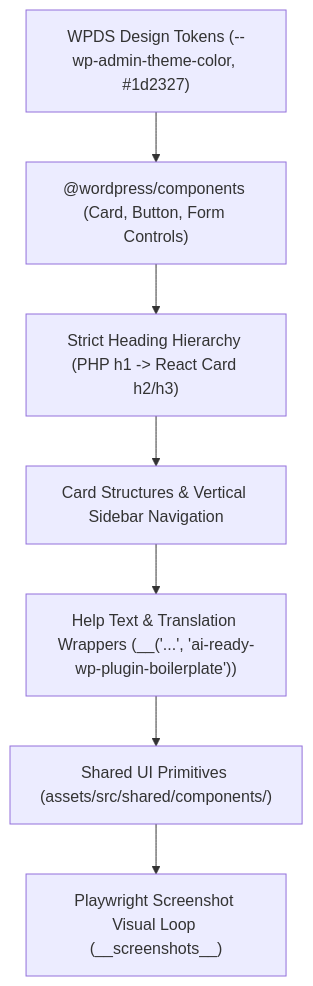
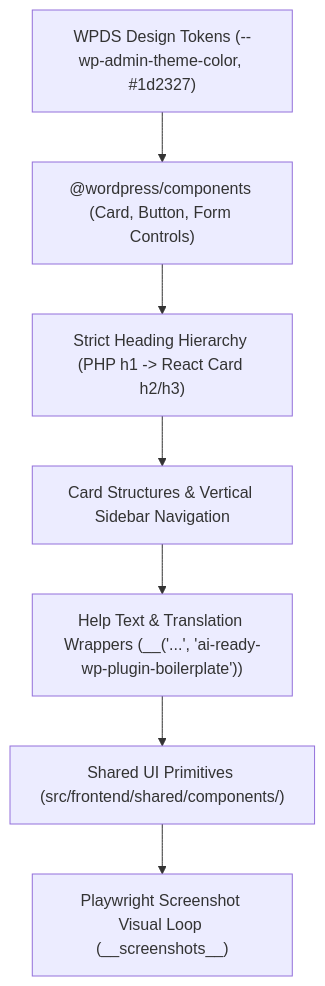
The diagram in docs/feature-development/admin-ui-ux-standards.md (blackandcode/ai-ready-wp-plugin-boilerplate), drawn with Mermaid before and after one commit. The commit also changed other lines of this file and 265 other files, not shown here.

````diff
--- a/docs/feature-development/admin-ui-ux-standards.md
+++ b/docs/feature-development/admin-ui-ux-standards.md
@@ -11,9 +11,9 @@
 ```mermaid
 flowchart TD
     Tokens["WPDS Design Tokens (--wp-admin-theme-color, #1d2327)"] --> Components["@wordpress/components (Card, Button, Form Controls)"]
     Components --> Hierarchy["Strict Heading Hierarchy (PHP h1 -> React Card h2/h3)"]
     Hierarchy --> Layout["Card Structures & Vertical Sidebar Navigation"]
     Layout --> Microcopy["Help Text & Translation Wrappers (__('...', 'ai-ready-wp-plugin-boilerplate'))"]
-    Microcopy --> Shared["Shared UI Primitives (assets/src/shared/components/)"]
+    Microcopy --> Shared["Shared UI Primitives (src/frontend/shared/components/)"]
     Shared --> VisualVerification["Playwright Screenshot Visual Loop (__screenshots__)"]
 ```
````
